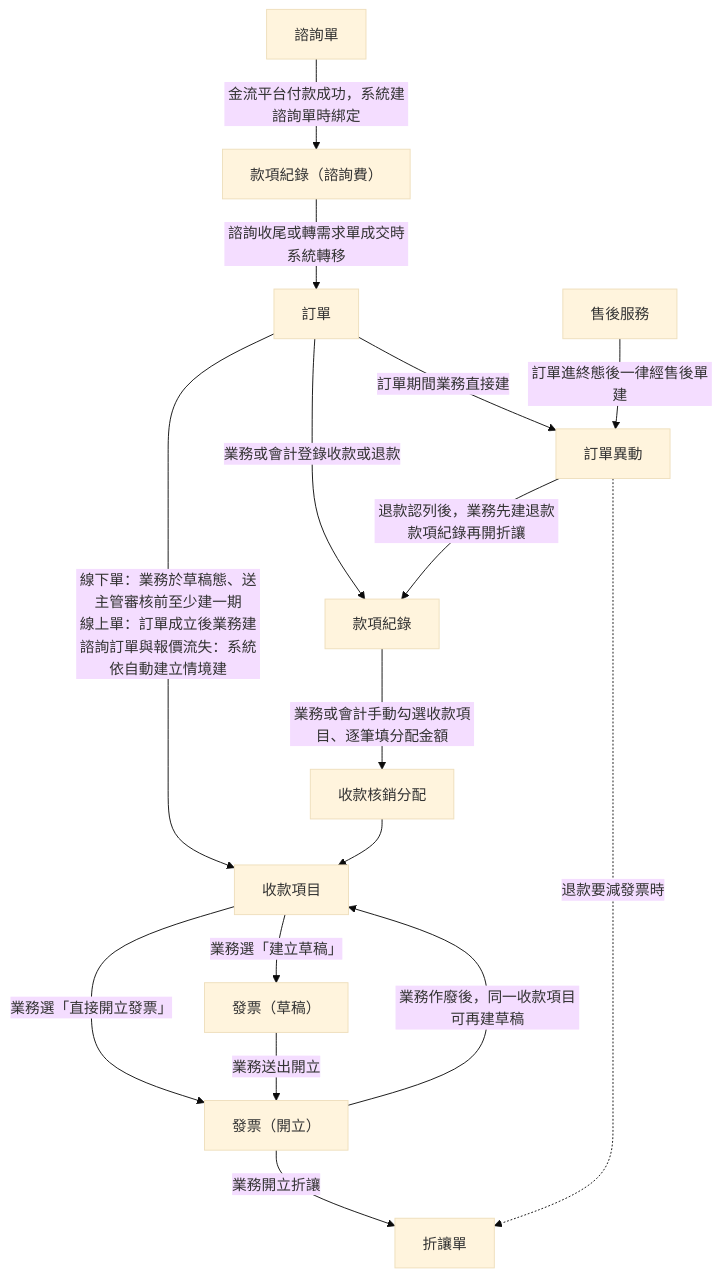
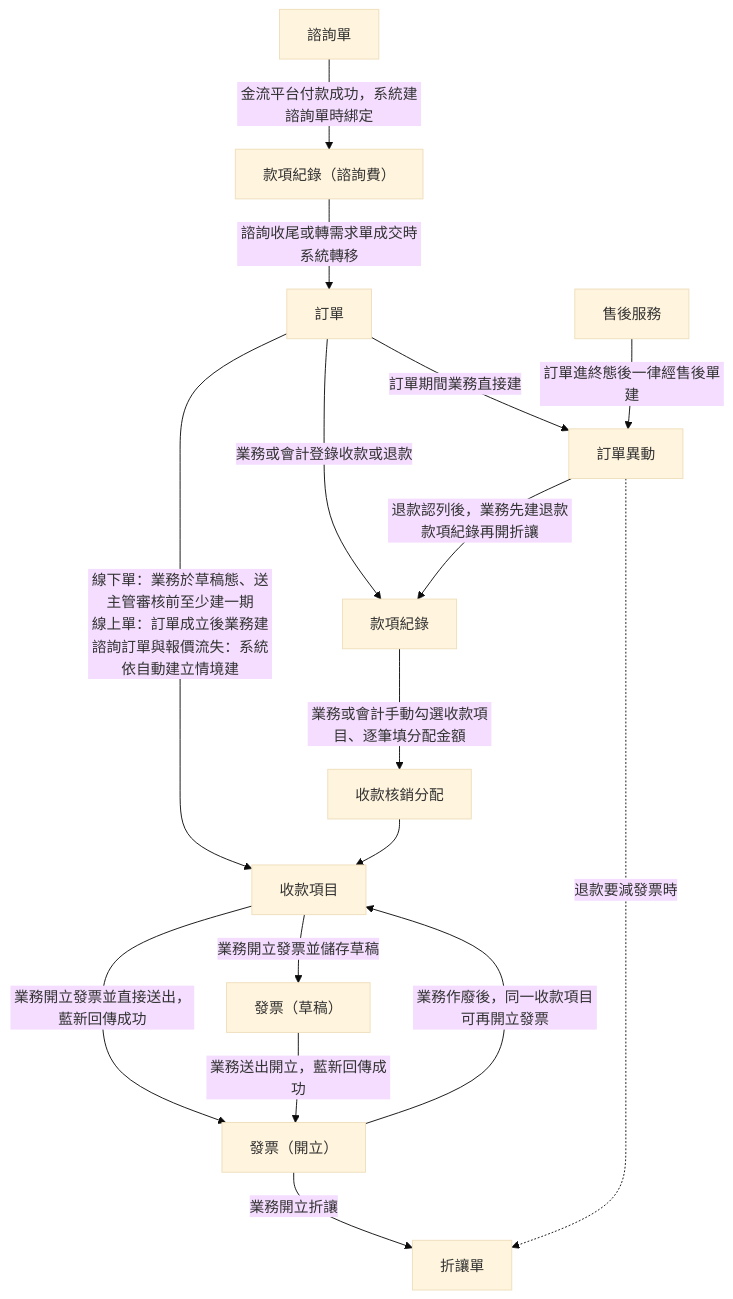
The seventh of 9 diagrams in memory/Sens_wiki/wiki/erp/05-entities/ERP 資料結構總覽.md (Kawato-Miles/erp-spec), drawn with Mermaid (base theme) before and after one commit. The commit also changed other lines of this file and 23 other files, not shown here.

````diff
--- a/memory/Sens_wiki/wiki/erp/05-entities/ERP 資料結構總覽.md
+++ b/memory/Sens_wiki/wiki/erp/05-entities/ERP 資料結構總覽.md
@@ -207,18 +207,18 @@
 ```mermaid
 flowchart TD
     O["訂單"] -->|"線下單：業務於草稿態、送主管審核前至少建一期<br>線上單：訂單成立後業務建<br>諮詢訂單與報價流失：系統依自動建立情境建"| P["收款項目"]
-    P -->|"業務選「建立草稿」"| ID["發票（草稿）"]
-    P -->|"業務選「直接開立發票」"| II["發票（開立）"]
-    ID -->|"業務送出開立"| II
+    P -->|"業務開立發票並儲存草稿"| ID["發票（草稿）"]
+    P -->|"業務開立發票並直接送出，藍新回傳成功"| II["發票（開立）"]
+    ID -->|"業務送出開立，藍新回傳成功"| II
     II -->|"業務開立折讓"| SA["折讓單"]
-    II -->|"業務作廢後，同一收款項目可再建草稿"| P
+    II -->|"業務作廢後，同一收款項目可再開立發票"| P
     CR["諮詢單"] -->|"金流平台付款成功，系統建諮詢單時綁定"| PM1["款項紀錄（諮詢費）"]
     PM1 -->|"諮詢收尾或轉需求單成交時系統轉移"| O
     O -->|"業務或會計登錄收款或退款"| PM["款項紀錄"]
     PM -->|"業務或會計手動勾選收款項目、逐筆填分配金額"| AL["收款核銷分配"]
     AL --> P
     O -->|"訂單期間業務直接建"| ADJ["訂單異動"]
     AS["售後服務"] -->|"訂單進終態後一律經售後單建"| ADJ
     ADJ -->|"退款認列後，業務先建退款款項紀錄再開折讓"| PM
     ADJ -.->|"退款要減發票時"| SA
 ```
````
